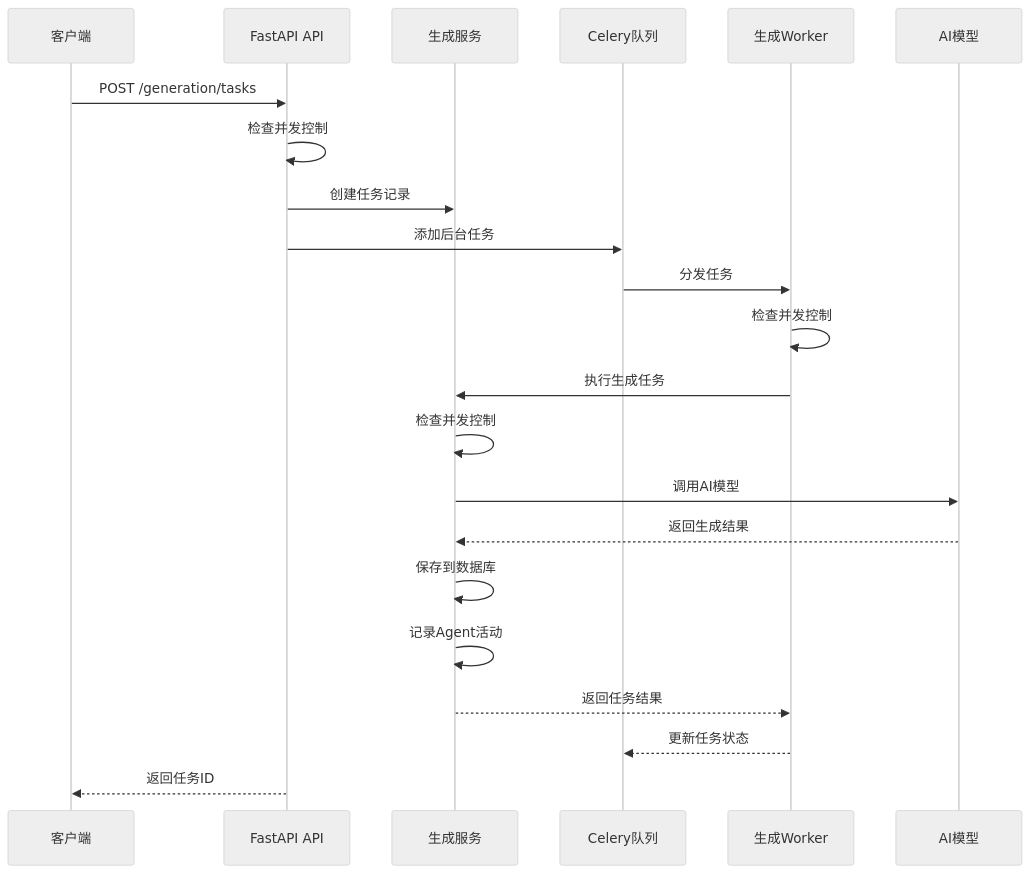
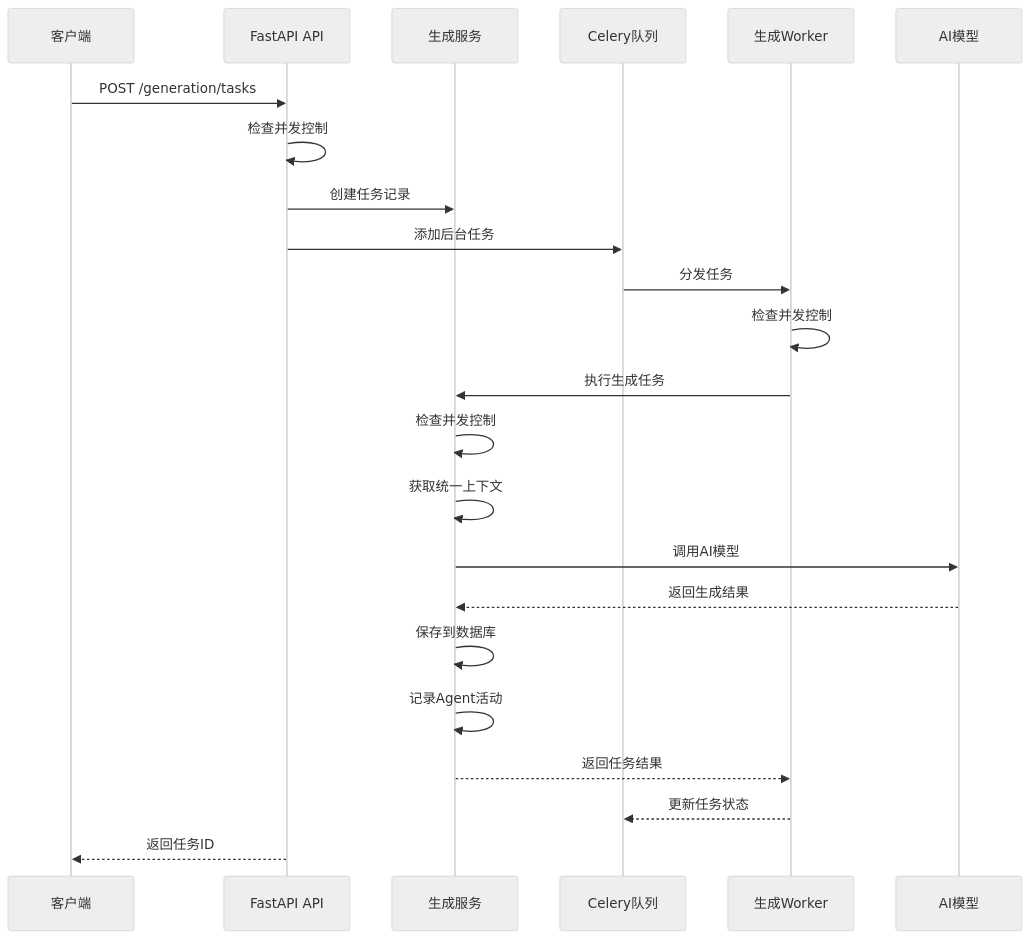
Before and after one commit to xfbyxq/ai-novel-system: the third of 14 diagrams in .qoder/repowiki/zh/content/Generation Service.md, drawn with Mermaid (neutral theme). The commit also changed other lines of this file and 2 other files, not shown here.

````diff
--- a/.qoder/repowiki/zh/content/Generation Service.md
+++ b/.qoder/repowiki/zh/content/Generation Service.md
@@ -220,24 +246,25 @@
 ```mermaid
 sequenceDiagram
 participant Client as 客户端
 participant API as FastAPI API
 participant Service as 生成服务
 participant Queue as Celery队列
 participant Worker as 生成Worker
 participant LLM as AI模型
 Client->>API : POST /generation/tasks
 API->>API : 检查并发控制
 API->>Service : 创建任务记录
 API->>Queue : 添加后台任务
 Queue->>Worker : 分发任务
 Worker->>Worker : 检查并发控制
 Worker->>Service : 执行生成任务
 Service->>Service : 检查并发控制
+Service->>Service : 获取统一上下文
 Service->>LLM : 调用AI模型
 LLM-->>Service : 返回生成结果
 Service->>Service : 保存到数据库
 Service->>Service : 记录Agent活动
 Service-->>Worker : 返回任务结果
 Worker-->>Queue : 更新任务状态
 API-->>Client : 返回任务ID
 ```
````
